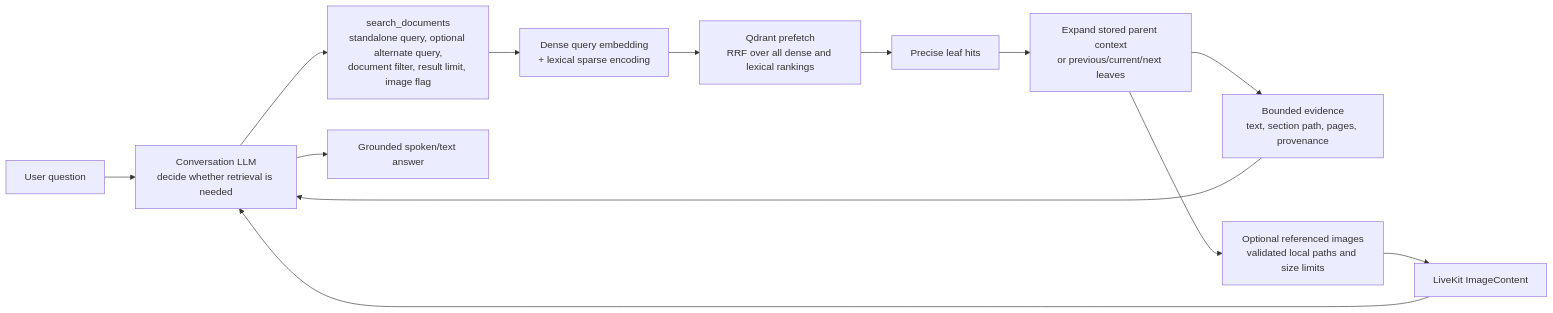
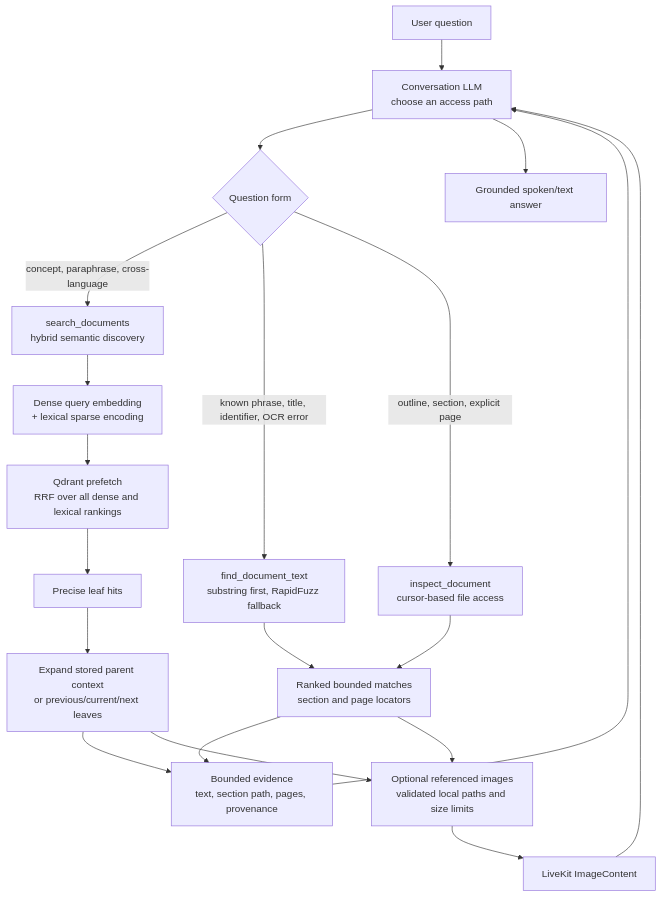
Before and after one commit to ParrotG/OpenTalk: the third of 3 diagrams in README.md, drawn with Mermaid. The commit also changed other lines of this file and 13 other files, not shown here.

````diff
--- a/README.md
+++ b/README.md
@@ -179,14 +183,21 @@
 ```mermaid
-flowchart LR
-    USER["User question"] --> LLMQ["Conversation LLM<br/>decide whether retrieval is needed"]
-    LLMQ --> TOOL["search_documents<br/>standalone query, optional alternate query,<br/>document filter, result limit, image flag"]
+flowchart TB
+    USER["User question"] --> LLMQ["Conversation LLM<br/>choose an access path"]
+    LLMQ --> ROUTE{"Question form"}
+    ROUTE -->|concept, paraphrase, cross-language| TOOL["search_documents<br/>hybrid semantic discovery"]
+    ROUTE -->|known phrase, title, identifier, OCR error| FIND["find_document_text<br/>substring first, RapidFuzz fallback"]
+    ROUTE -->|outline, section, explicit page| BROWSE["inspect_document<br/>cursor-based file access"]
     TOOL --> QUERY["Dense query embedding<br/>+ lexical sparse encoding"]
     QUERY --> RRF["Qdrant prefetch<br/>RRF over all dense and lexical rankings"]
     RRF --> LEAF["Precise leaf hits"]
     LEAF --> EXPAND["Expand stored parent context<br/>or previous/current/next leaves"]
     EXPAND --> TEXT["Bounded evidence<br/>text, section path, pages, provenance"]
     EXPAND --> IMAGE["Optional referenced images<br/>validated local paths and size limits"]
+    FIND --> FILEEVIDENCE["Ranked bounded matches<br/>section and page locators"]
+    BROWSE --> FILEEVIDENCE
+    FILEEVIDENCE --> TEXT
+    FILEEVIDENCE --> IMAGE
     TEXT --> LLMQ
     IMAGE --> MM["LiveKit ImageContent"] --> LLMQ
     LLMQ --> ANSWER["Grounded spoken/text answer"]
 ```
````
